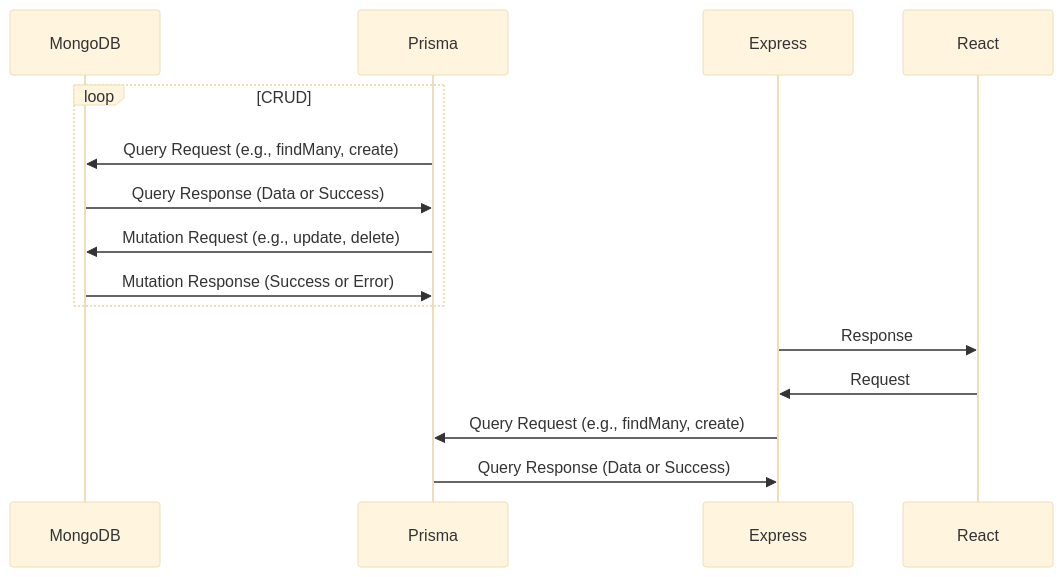
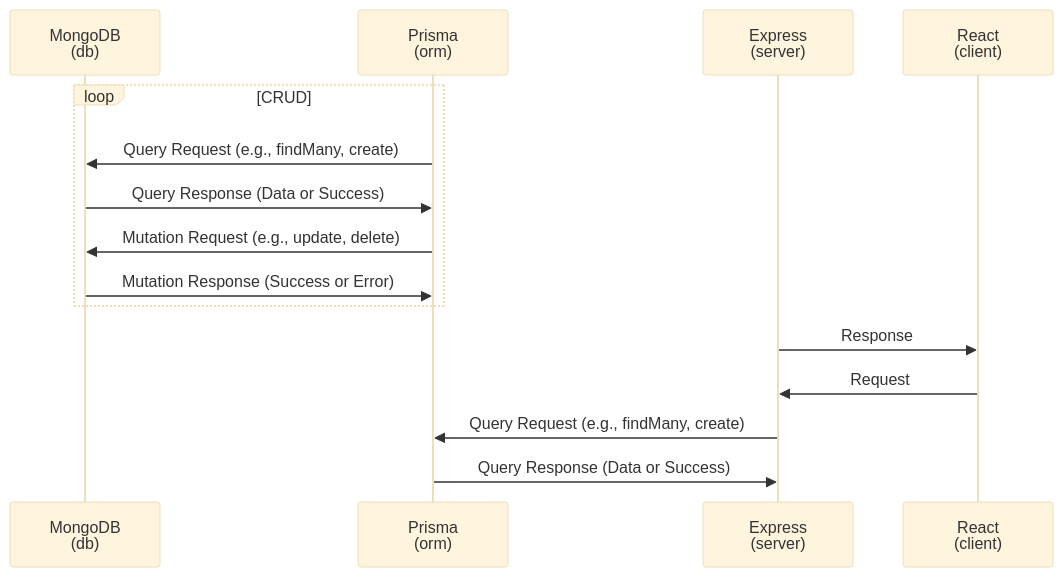
One commit to Louis-jk/full-stack-estate changed the second of 2 diagrams in README.md. Above: the diagram before and after it, drawn with Mermaid (base theme).

````diff
--- a/README.md
+++ b/README.md
@@ -122,22 +122,22 @@
 ```mermaid
 sequenceDiagram
-    participant M as MongoDB
-    participant P as Prisma
-    participant E as Express
-    participant R as React
+    participant M as MongoDB<br />(db)
+    participant P as Prisma<br />(orm)
+    participant E as Express<br />(server)
+    participant R as React<br />(client)
 
     loop CRUD
         P->>M: Query Request (e.g., findMany, create)
         M->>P: Query Response (Data or Success)
 
         P->>M: Mutation Request (e.g., update, delete)
         M->>P: Mutation Response (Success or Error)
     end
 
     E->>R: Response
     R->>E: Request
 
     E->>P: Query Request (e.g., findMany, create)
     P->>E: Query Response (Data or Success)
 
 ```
````
